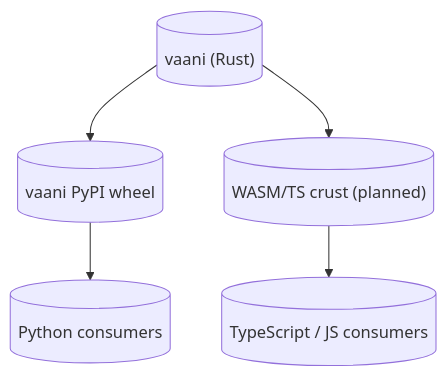
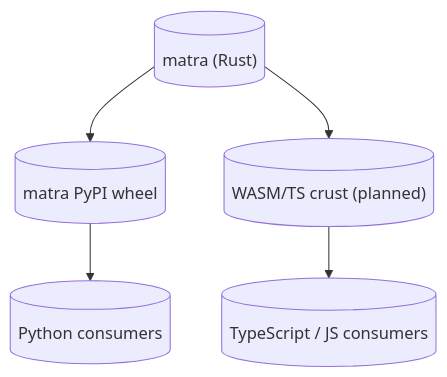
One commit to mox-labs/matra changed the second of 2 diagrams in .claude/arch/architecture.md. Above: the diagram before and after it, drawn with Mermaid. The commit also changed other lines of this file and 78 other files, not shown here.

````diff
--- a/.claude/arch/architecture.md
+++ b/.claude/arch/architecture.md
@@ -133,7 +124,7 @@
 ```mermaid
 flowchart TB
-    rust[("vaani (Rust)")] --> py[(vaani PyPI wheel)]
+    rust[("matra (Rust)")] --> py[(matra PyPI wheel)]
     rust --> wasm[("WASM/TS crust (planned)")]
     py --> pyc[(Python consumers)]
     wasm --> ts[(TypeScript / JS consumers)]
 ```
````
